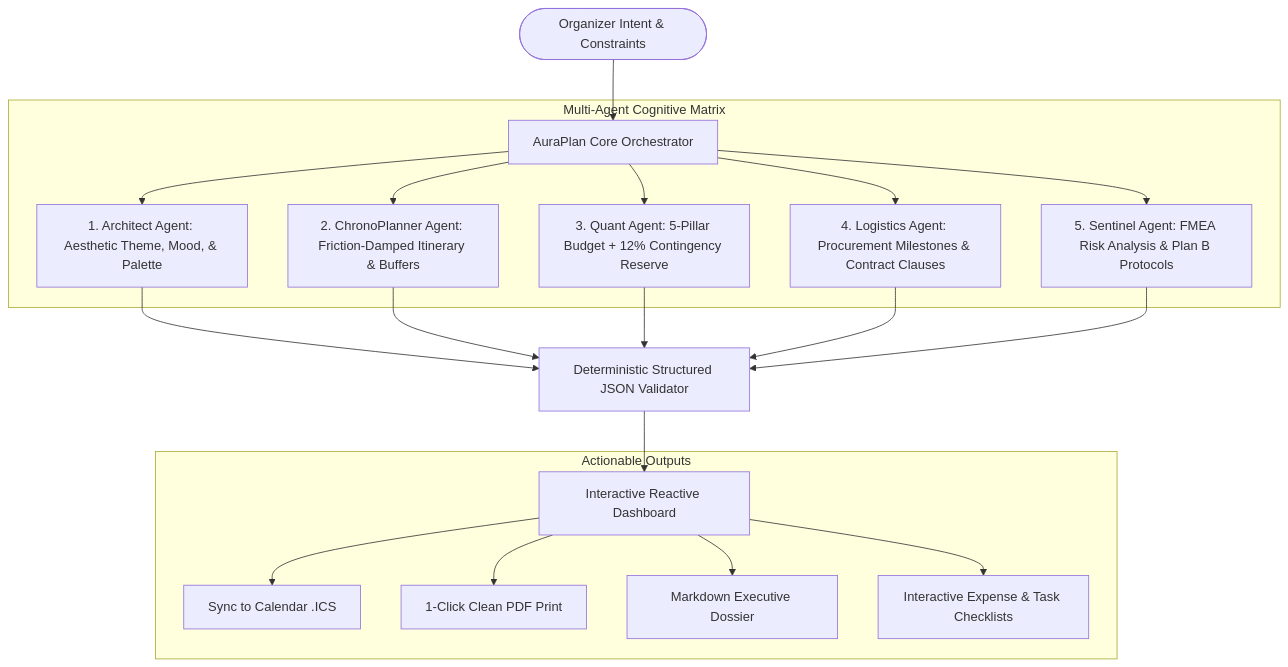
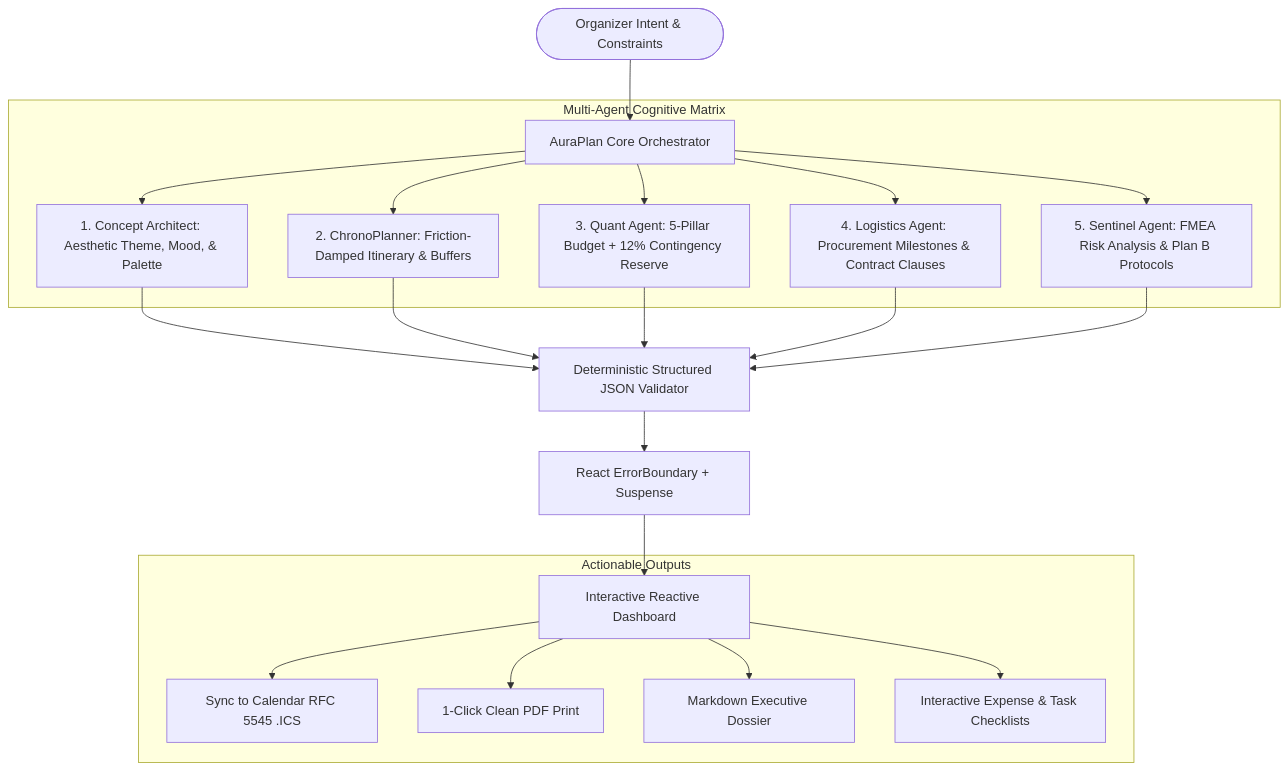
The diagram in README.md (snehalghadge59-blip/promptwars-event-planner), drawn with Mermaid before and after one commit. The commit also changed other lines of this file and 24 other files, not shown here.

Commit message:
feat(perf & quality): implement dynamic code splitting, error boundary, CI workflow, webp compression & expanded test suite

````diff
--- a/README.md
+++ b/README.md
@@ -18,22 +20,23 @@
 ```mermaid
 flowchart TD
     User([Organizer Intent & Constraints]) --> Core[AuraPlan Core Orchestrator]
     
     subgraph Multi-Agent Cognitive Matrix
-        Core --> A1[1. Architect Agent: Aesthetic Theme, Mood, & Palette]
-        Core --> A2[2. ChronoPlanner Agent: Friction-Damped Itinerary & Buffers]
+        Core --> A1[1. Concept Architect: Aesthetic Theme, Mood, & Palette]
+        Core --> A2[2. ChronoPlanner: Friction-Damped Itinerary & Buffers]
         Core --> A3[3. Quant Agent: 5-Pillar Budget + 12% Contingency Reserve]
         Core --> A4[4. Logistics Agent: Procurement Milestones & Contract Clauses]
         Core --> A5[5. Sentinel Agent: FMEA Risk Analysis & Plan B Protocols]
     end
     
     A1 & A2 & A3 & A4 & A5 --> Synthesizer[Deterministic Structured JSON Validator]
-    Synthesizer --> UI[Interactive Reactive Dashboard]
+    Synthesizer --> Boundary[React ErrorBoundary + Suspense]
+    Boundary --> UI[Interactive Reactive Dashboard]
     
     subgraph Actionable Outputs
-        UI --> ExportICS[Sync to Calendar .ICS]
+        UI --> ExportICS[Sync to Calendar RFC 5545 .ICS]
         UI --> ExportPDF[1-Click Clean PDF Print]
         UI --> ExportDoc[Markdown Executive Dossier]
         UI --> LiveTracking[Interactive Expense & Task Checklists]
     end
 ```
````
